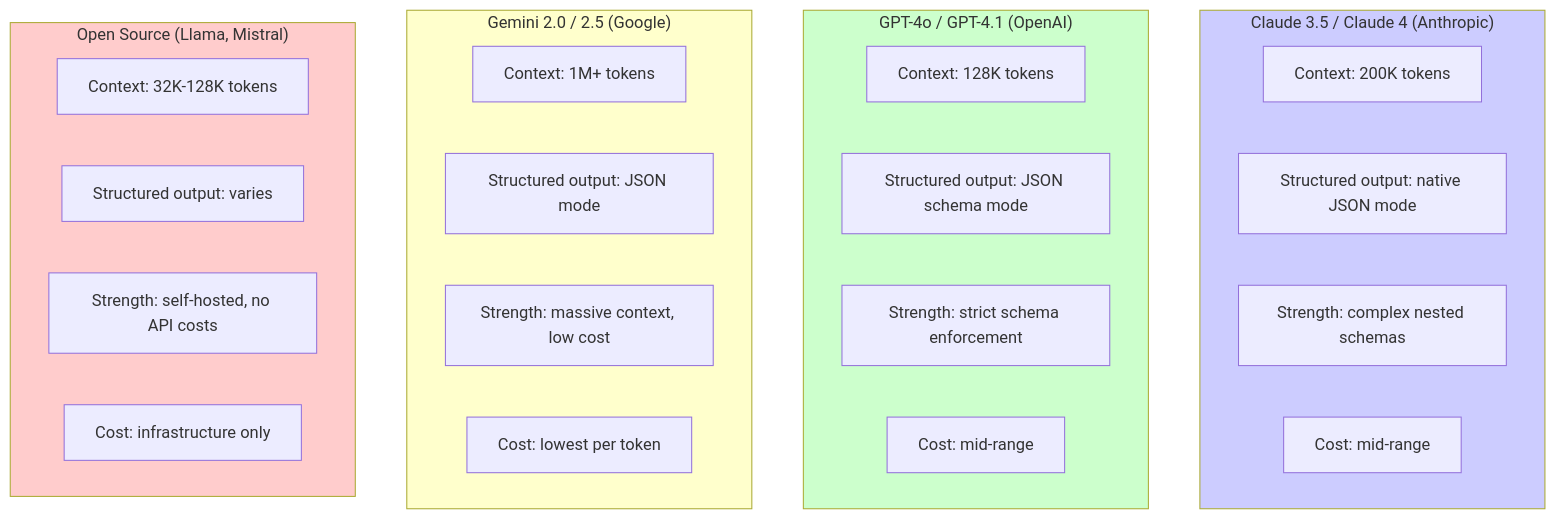
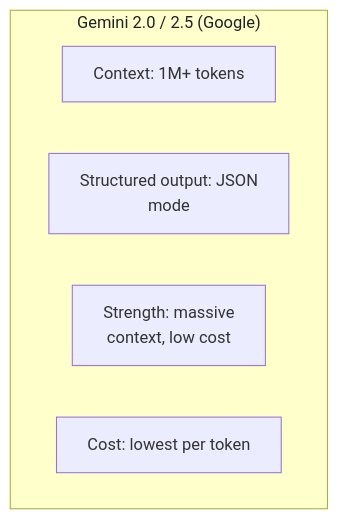
The third of 5 diagrams in _posts/2026-03-02-best-llm-structured-data-extraction-html-2026.md (bytetunnels/bytetunnels.github.com), drawn with Mermaid before and after one commit. The commit also changed other lines of this file and 118 other files, not shown here.

Commit message:
feat: improve diagram styling and compact wide flowcharts

````diff
--- a/_posts/2026-03-02-best-llm-structured-data-extraction-html-2026.md
+++ b/_posts/2026-03-02-best-llm-structured-data-extraction-html-2026.md
@@ -82,35 +106,11 @@
 ```mermaid
-graph TB
-    subgraph CLAUDE["Claude 3.5 / Claude 4 (Anthropic)"]
-        C1["Context: 200K tokens"]
-        C2["Structured output: native JSON mode"]
-        C3["Strength: complex nested schemas"]
-        C4["Cost: mid-range"]
-    end
-
-    subgraph GPT["GPT-4o / GPT-4.1 (OpenAI)"]
-        G1["Context: 128K tokens"]
-        G2["Structured output: JSON schema mode"]
-        G3["Strength: strict schema enforcement"]
-        G4["Cost: mid-range"]
-    end
-
+graph TD
     subgraph GEMINI["Gemini 2.0 / 2.5 (Google)"]
         GE1["Context: 1M+ tokens"]
-        GE2["Structured output: JSON mode"]
-        GE3["Strength: massive context, low cost"]
+        GE2["Structured output: JSON<br/>mode"]
+        GE3["Strength: massive<br/>context, low cost"]
         GE4["Cost: lowest per token"]
     end
 
-    subgraph OPEN["Open Source (Llama, Mistral)"]
-        O1["Context: 32K-128K tokens"]
-        O2["Structured output: varies"]
-        O3["Strength: self-hosted, no API costs"]
-        O4["Cost: infrastructure only"]
-    end
-
-    style CLAUDE fill:#ccccff
-    style GPT fill:#ccffcc
-    style GEMINI fill:#ffffcc
-    style OPEN fill:#ffcccc
+    style GEMINI fill:#ffffcc,color:#1f2328
 ```
````
